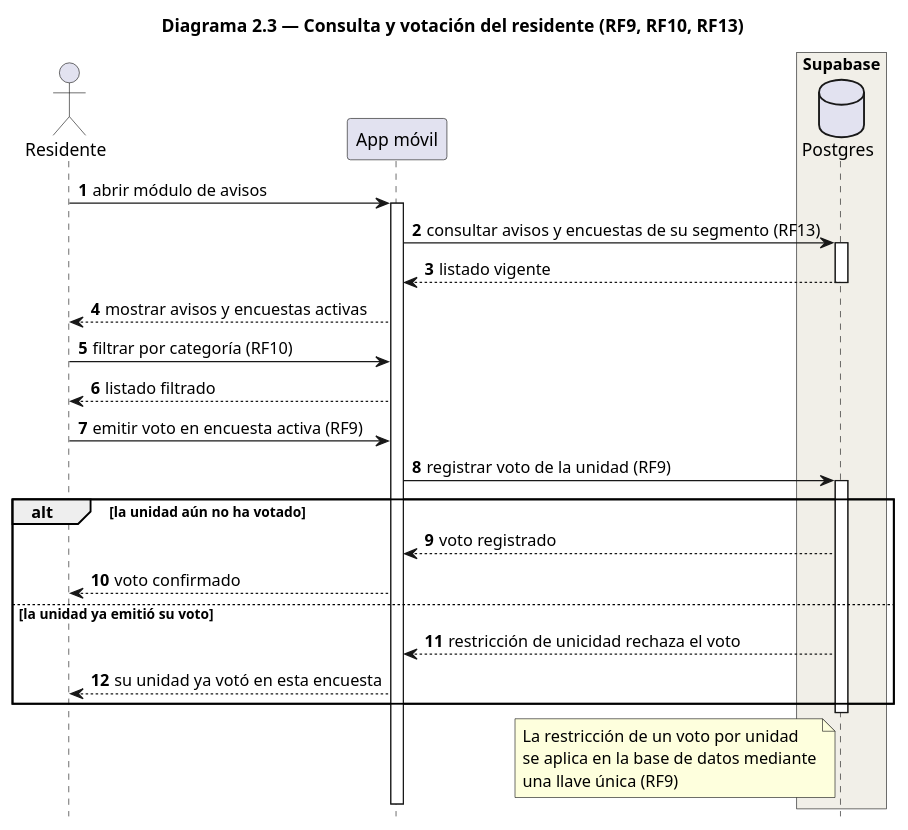
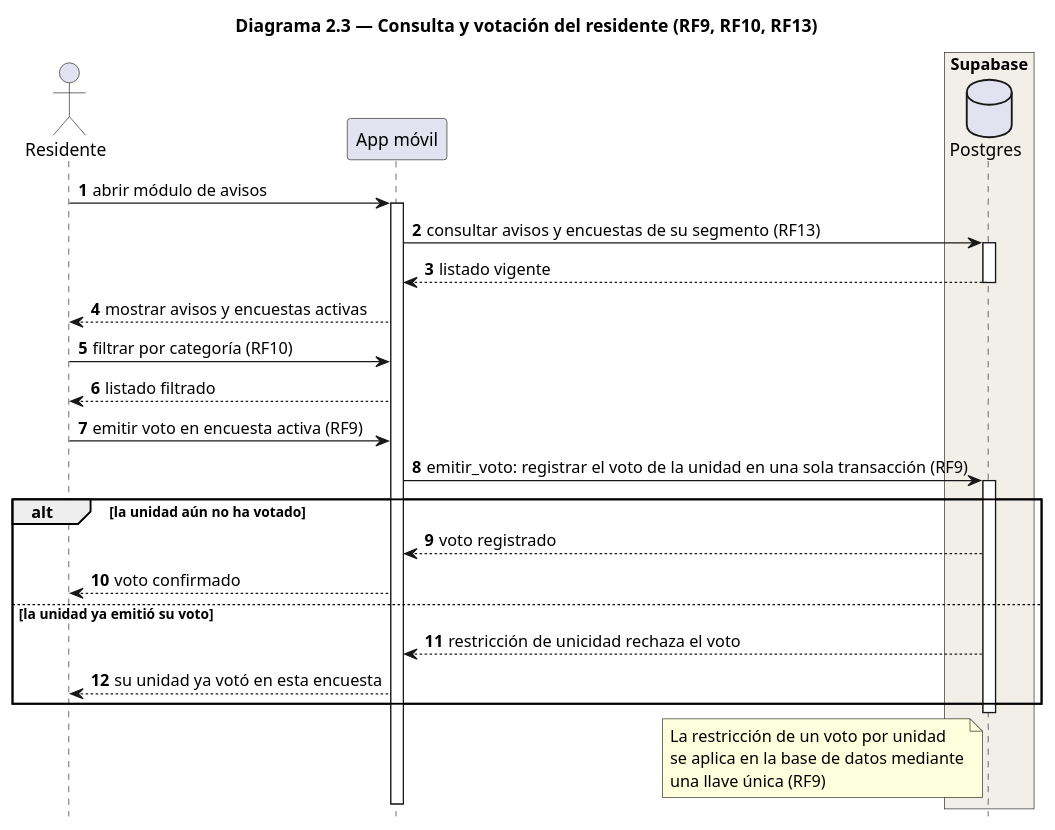
Before and after one commit to liusamfung/neighborgood-project: the diagram in docs/Arquitectura/secuencia/diagrama2_3_consultaVotacion.puml, drawn with PlantUML. The commit also changed 5 other files, not shown here.

First line of the commit message:
Documenta la migración: README, CLAUDE.md, CONTEXTO, notas del modelo y diagramas 2.3 y 4.3

```diff
--- a/docs/Arquitectura/secuencia/diagrama2_3_consultaVotacion.puml
+++ b/docs/Arquitectura/secuencia/diagrama2_3_consultaVotacion.puml
@@ -1,44 +1,44 @@
 @startuml Diagrama2_3_ConsultaVotacion
 title Diagrama 2.3 — Consulta y votación del residente (RF9, RF10, RF13)
 
 hide footbox
 autonumber
 
 actor "Residente" as RES
 participant "App móvil" as APP
 
 box "Supabase" #F1EFE8
     database "Postgres" as DB
 end box
 
 RES -> APP : abrir módulo de avisos
 activate APP
 APP -> DB : consultar avisos y encuestas de su segmento (RF13)
 activate DB
 DB --> APP : listado vigente
 deactivate DB
 APP --> RES : mostrar avisos y encuestas activas
 
 RES -> APP : filtrar por categoría (RF10)
 APP --> RES : listado filtrado
 
 RES -> APP : emitir voto en encuesta activa (RF9)
-APP -> DB : registrar voto de la unidad (RF9)
+APP -> DB : emitir_voto: registrar el voto de la unidad en una sola transacción (RF9)
 activate DB
 
 alt la unidad aún no ha votado
     DB --> APP : voto registrado
     APP --> RES : voto confirmado
 else la unidad ya emitió su voto
     DB --> APP : restricción de unicidad rechaza el voto
     APP --> RES : su unidad ya votó en esta encuesta
 end
 deactivate DB
 
 note left of DB
   La restricción de un voto por unidad
   se aplica en la base de datos mediante
   una llave única (RF9)
 end note
 deactivate APP
 @enduml
```
